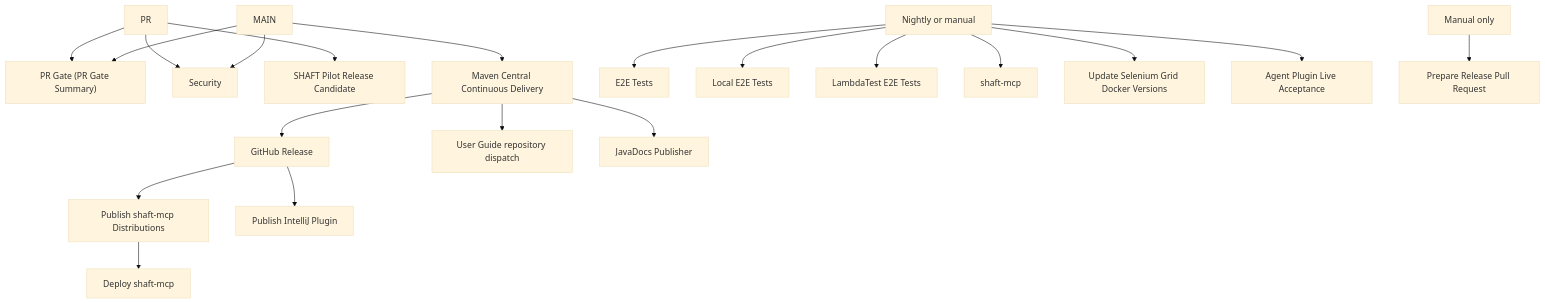
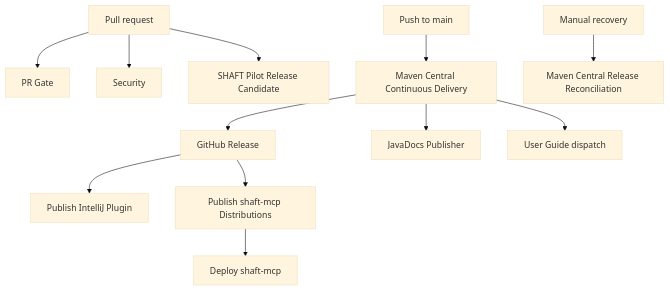
One commit to ShaftHQ/SHAFT_ENGINE changed the diagram in .github/workflows/README.md. Above: the diagram before and after it, drawn with Mermaid (base theme). The commit also changed other lines of this file and 33 other files, not shown here.

````diff
--- a/.github/workflows/README.md
+++ b/.github/workflows/README.md
@@ -8,26 +11,14 @@
 ```mermaid
 flowchart TD
-  PR --> GATE["PR Gate (PR Gate Summary)"]
-  PR --> SEC["Security"]
-  PR --> PILOT["SHAFT Pilot Release Candidate"]
-
-  MAIN --> GATE
-  MAIN --> SEC
-  MAIN --> CD["Maven Central Continuous Delivery"]
-
-  CD --> REL["GitHub Release"]
-  CD --> DOCS["User Guide repository dispatch"]
-  CD --> JAVADOCS["JavaDocs Publisher"]
-  REL --> MCP_PUBLISH["Publish shaft-mcp Distributions"]
-  REL --> IDEA_PUBLISH["Publish IntelliJ Plugin"]
-  MCP_PUBLISH --> MCP_DEPLOY["Deploy shaft-mcp"]
-
-  NIGHTLY["Nightly or manual"] --> E2E["E2E Tests"]
-  NIGHTLY --> LOCAL_E2E["Local E2E Tests"]
-  NIGHTLY --> LT["LambdaTest E2E Tests"]
-  NIGHTLY --> MCP_TEST["shaft-mcp"]
-  NIGHTLY --> GRID["Update Selenium Grid Docker Versions"]
-  NIGHTLY --> PLUGINS["Agent Plugin Live Acceptance"]
-
-  MANUAL["Manual only"] --> RELEASE_PR["Prepare Release Pull Request"]
+  PR[Pull request] --> GATE[PR Gate]
+  PR --> SEC[Security]
+  PR --> CANDIDATE[SHAFT Pilot Release Candidate]
+  MAIN[Push to main] --> CD[Maven Central Continuous Delivery]
+  CD --> RELEASE[GitHub Release]
+  CD --> JAVADOCS[JavaDocs Publisher]
+  CD --> GUIDE[User Guide dispatch]
+  RELEASE --> IDEA[Publish IntelliJ Plugin]
+  RELEASE --> MCP[Publish shaft-mcp Distributions]
+  MCP --> DEPLOY[Deploy shaft-mcp]
+  MANUAL[Manual recovery] --> RECONCILE[Maven Central Release Reconciliation]
 ```
````
